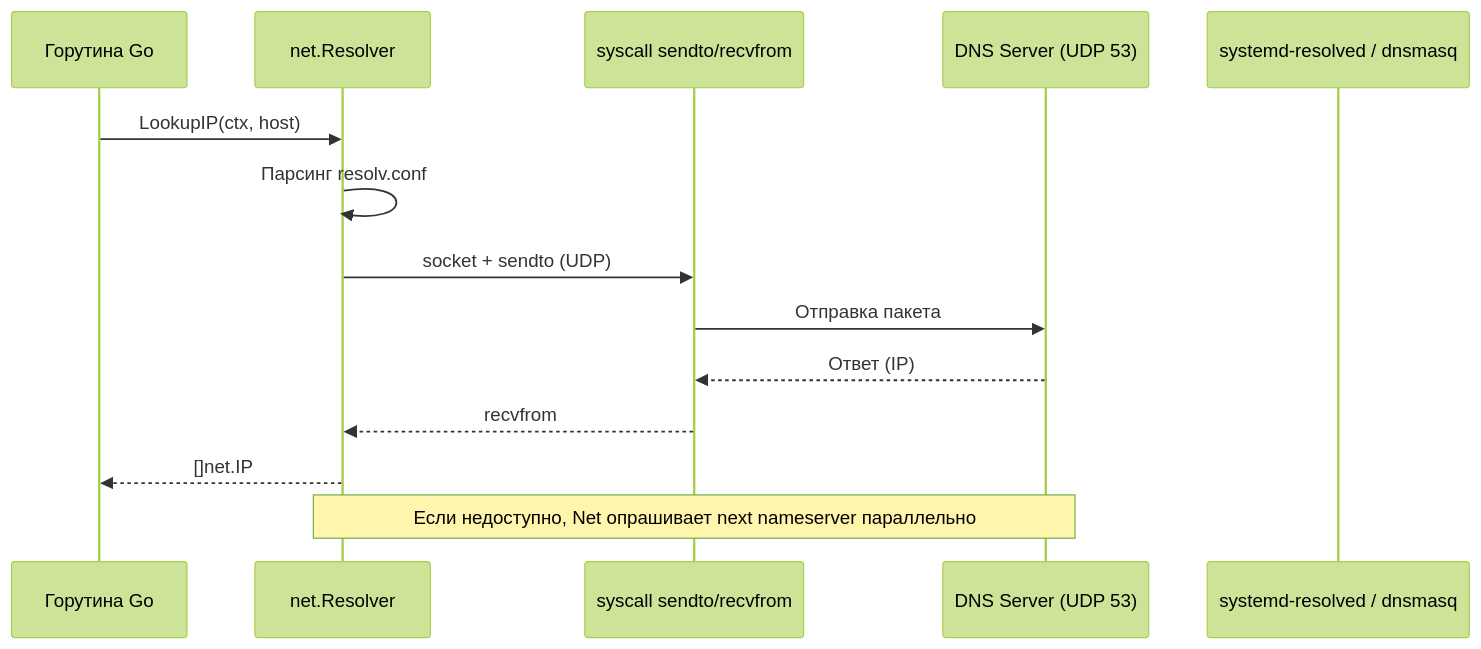
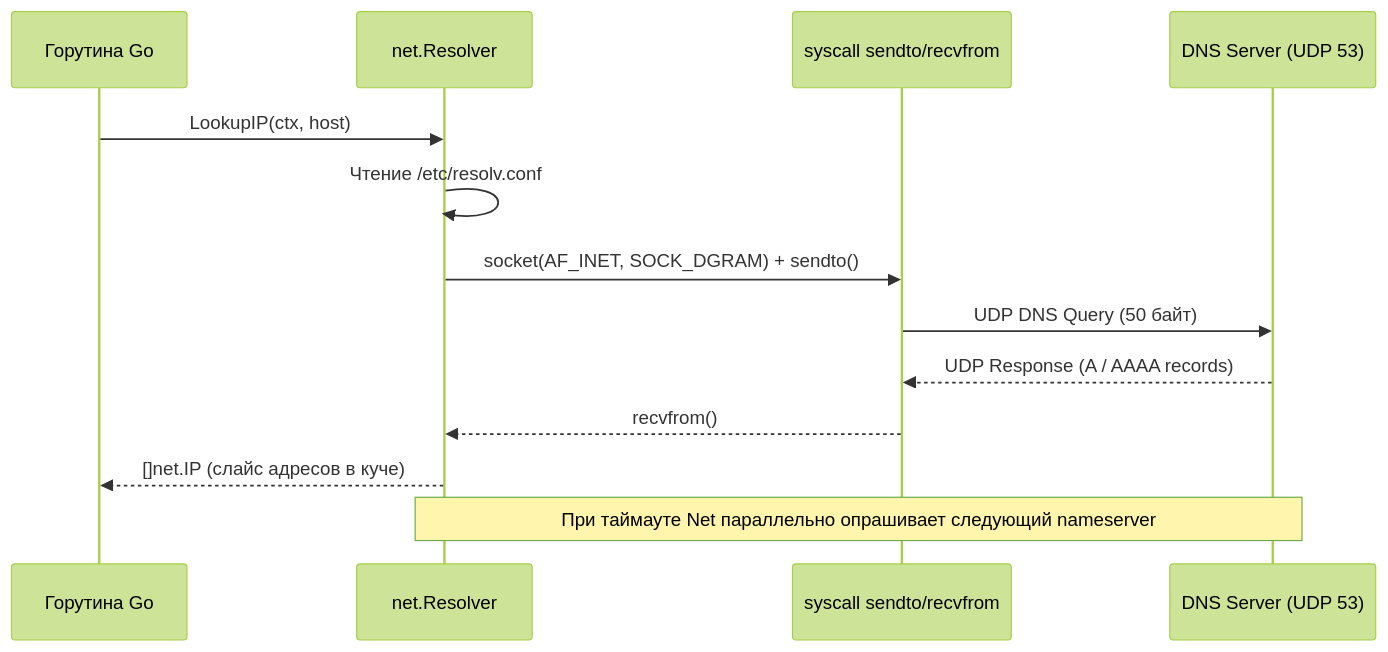
One commit to UnrealTemplier/go-textbook changed the third of 3 diagrams in sources/2. Устройство и работа ОС/51. DNS глазами ОС и libc.md. Above: the diagram before and after it, drawn with Mermaid (forest theme). The commit also changed other lines of this file, not shown here.

Commit message:
feat(module-02): editorial rewrite of Lecture 51 (DNS, netgo, netcgo, resolv.conf, ndots, musl, getaddrinfo) in Kernighan style

````diff
--- a/sources/2. Устройство и работа ОС/51. DNS глазами ОС и libc.md
+++ b/sources/2. Устройство и работа ОС/51. DNS глазами ОС и libc.md
@@ -105,17 +187,16 @@
 ```mermaid
 sequenceDiagram
     participant G as Горутина Go
     participant Net as net.Resolver
     participant Sys as syscall sendto/recvfrom
     participant DNS as DNS Server (UDP 53)
-    participant Cache as systemd-resolved / dnsmasq
 
     G->>Net: LookupIP(ctx, host)
-    Net->>Net: Парсинг resolv.conf
-    Net->>Sys: socket + sendto (UDP)
-    Sys->>DNS: Отправка пакета
-    DNS-->>Sys: Ответ (IP)
-    Sys-->>Net: recvfrom
-    Net-->>G: []net.IP
-    Note over Net, DNS: Если недоступно, Net опрашивает next nameserver параллельно
+    Net->>Net: Чтение /etc/resolv.conf
+    Net->>Sys: socket(AF_INET, SOCK_DGRAM) + sendto()
+    Sys->>DNS: UDP DNS Query (50 байт)
+    DNS-->>Sys: UDP Response (A / AAAA records)
+    Sys-->>Net: recvfrom()
+    Net-->>G: []net.IP (слайс адресов в куче)
+    Note over Net,DNS: При таймауте Net параллельно опрашивает следующий nameserver
 ```
````
